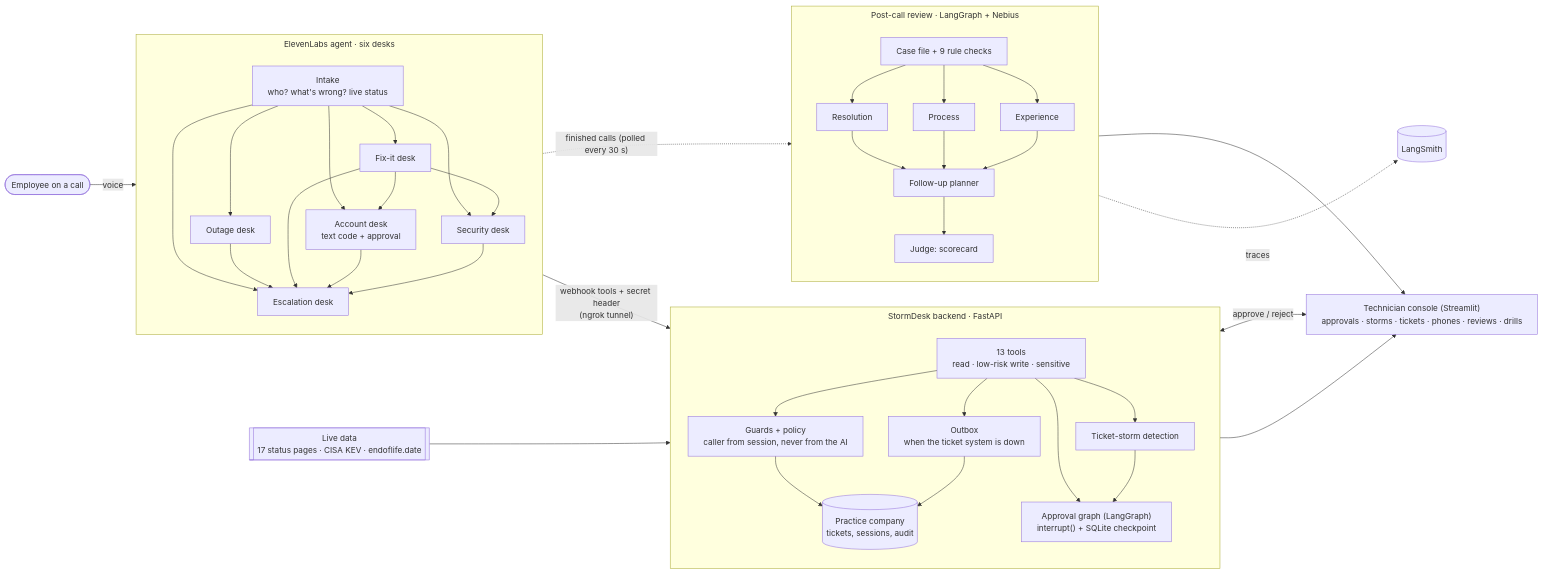
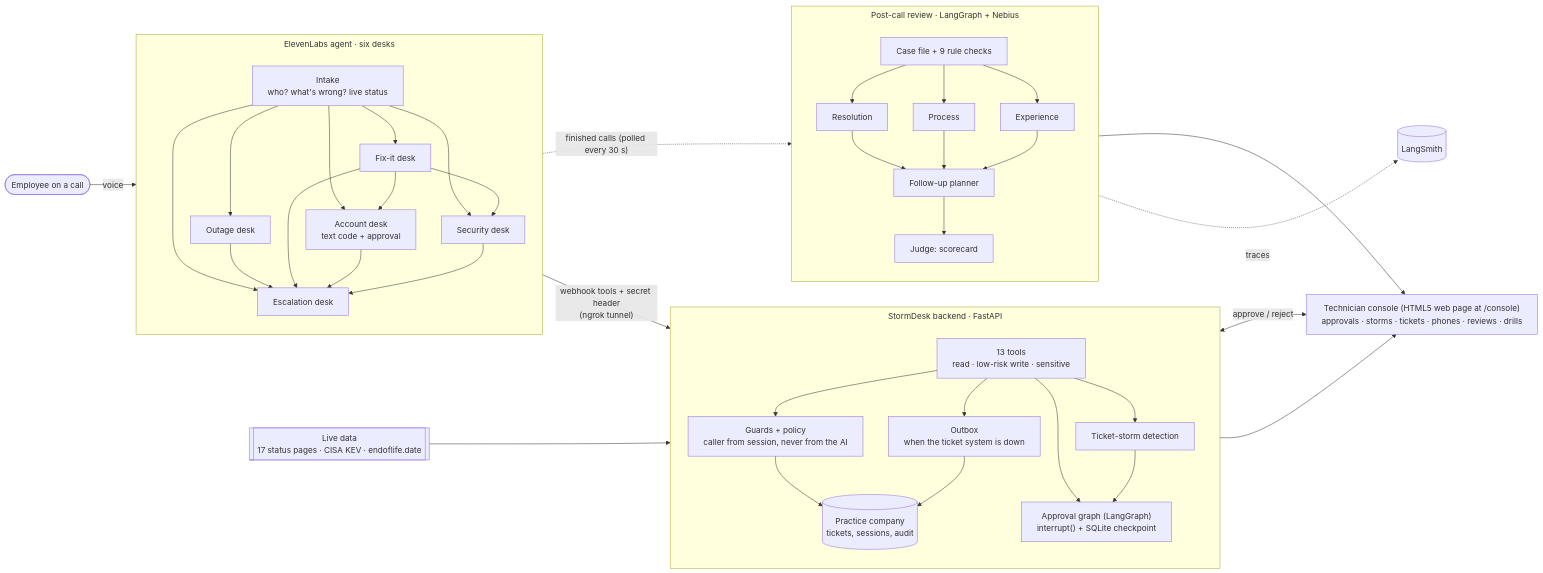
Before and after one commit to senthilkumarpackiyam/stormdesk: the diagram in docs/architecture.md, drawn with Mermaid. The commit also changed other lines of this file and 48 other files, not shown here.

First line of the commit message:
Replace the Streamlit console with an HTML5 console; rename the demo employees

````diff
--- a/docs/architecture.md
+++ b/docs/architecture.md
@@ -3,56 +3,56 @@
 ```mermaid
 %%{init: {"flowchart": {"wrappingWidth": 420, "subGraphTitleMargin": {"top": 6, "bottom": 18}}}}%%
 flowchart LR
     caller(["Employee on a call"])
 
     subgraph EL["ElevenLabs agent · six desks"]
         direction TB
         intake["Intake<br/>who? what's wrong? live status"]
         outage["Outage desk"]
         fixit["Fix-it desk"]
         account["Account desk<br/>text code + approval"]
         security["Security desk"]
         esc["Escalation desk"]
         intake --> outage & fixit & account & security & esc
         fixit --> account & security
         outage & fixit & account & security --> esc
     end
 
     subgraph BE["StormDesk backend · FastAPI"]
         direction TB
         tools["13 tools<br/>read · low-risk write · sensitive"]
         guards["Guards + policy<br/>caller from session, never from the AI"]
         appr["Approval graph (LangGraph)<br/>interrupt() + SQLite checkpoint"]
         storm["Ticket-storm detection"]
         outbox["Outbox<br/>when the ticket system is down"]
         db[("Practice company<br/>tickets, sessions, audit")]
         tools --> guards --> db
         tools --> appr
         tools --> storm --> appr
         tools --> outbox --> db
     end
 
     feeds[["Live data<br/>17 status pages · CISA KEV · endoflife.date"]]
-    console["Technician console (Streamlit)<br/>approvals · storms · tickets · phones · reviews · drills"]
+    console["Technician console (HTML5 web page at /console)<br/>approvals · storms · tickets · phones · reviews · drills"]
 
     subgraph RV["Post-call review · LangGraph + Nebius"]
         direction TB
         gather["Case file + 9 rule checks"]
         res["Resolution"]
         proc["Process"]
         exp["Experience"]
         fu["Follow-up planner"]
         judge["Judge: scorecard"]
         gather --> res & proc & exp
         res & proc & exp --> fu --> judge
     end
 
     caller -- voice --> EL
     EL -- "webhook tools + secret header<br/>(ngrok tunnel)" --> tools
     feeds --> tools
     appr <-- "approve / reject" --> console
     db --> console
     EL -. "finished calls (polled every 30 s)" .-> gather
     judge --> console
     RV -. traces .-> ls[("LangSmith")]
 ```
````
